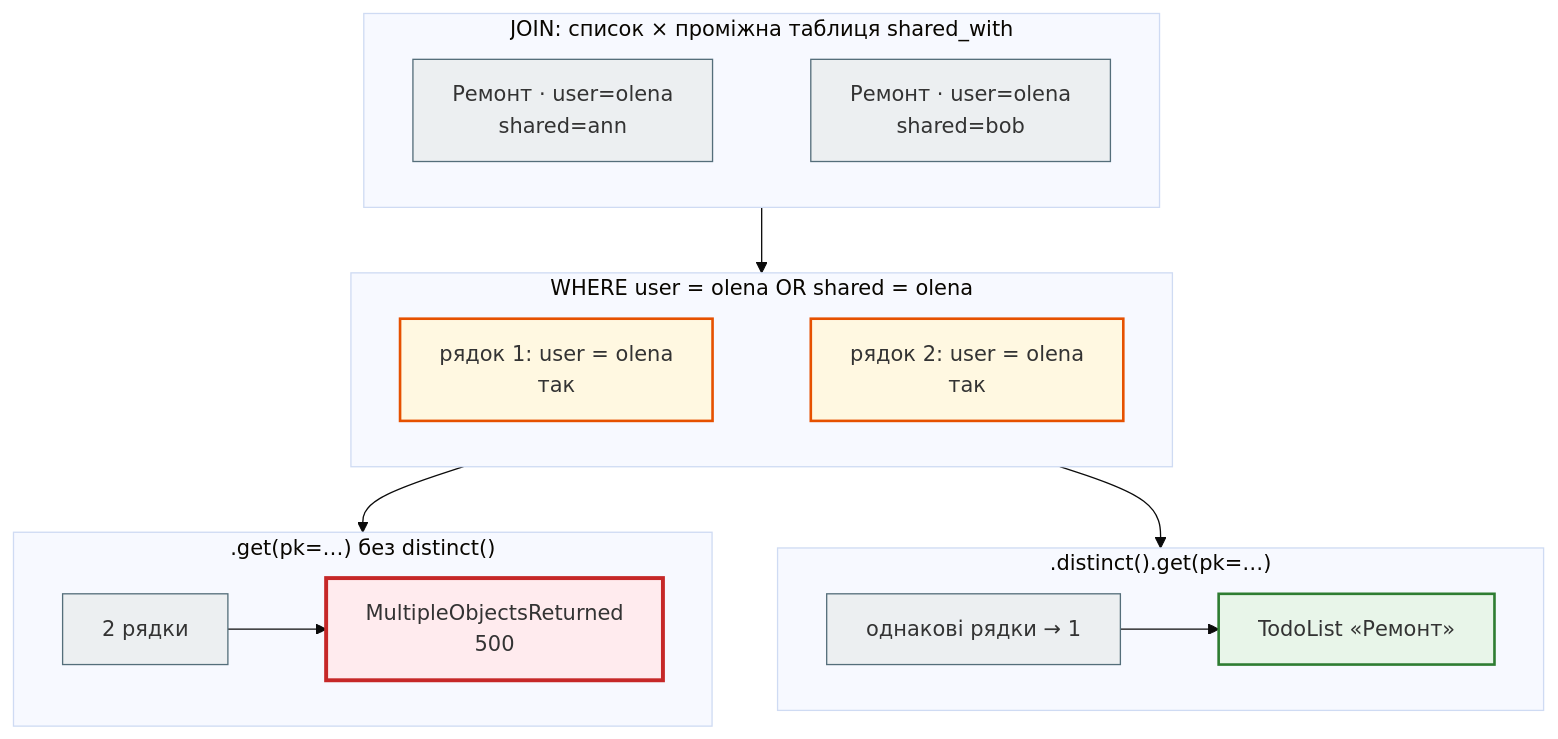
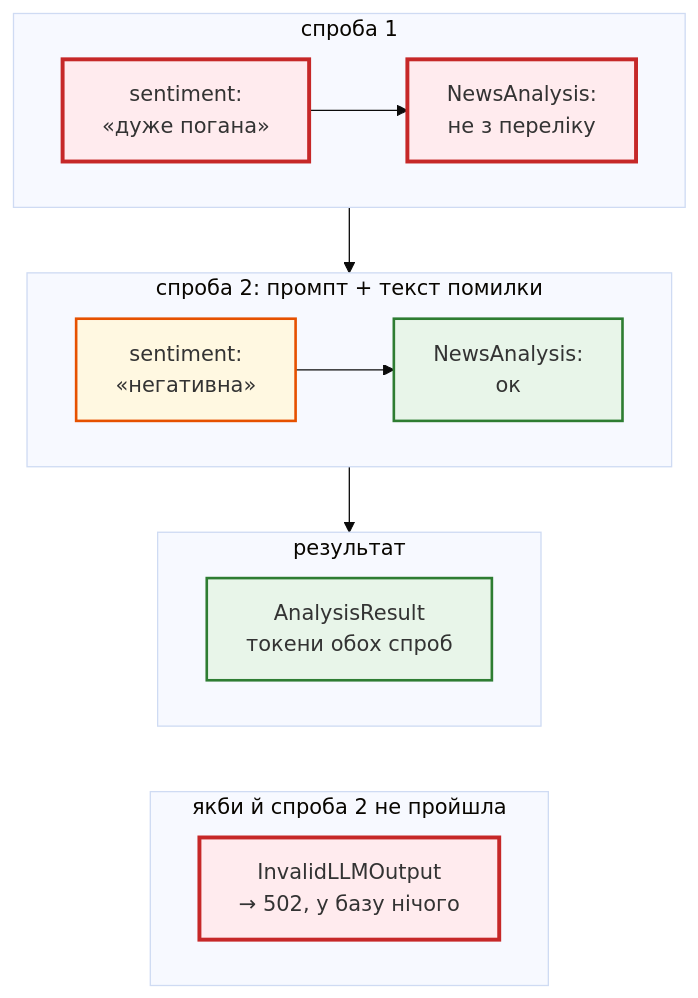
The third of 8 diagrams in docs/modules/m4/lesson_44.md (AlinaRadchenko/PY-Course-Victor-Nikoriak-22-09-2026), drawn with Mermaid (base theme) before and after one commit. The commit also changed other lines of this file and 1846 other files, not shown here.

````diff
--- a/docs/modules/m4/lesson_44.md
+++ b/docs/modules/m4/lesson_44.md
@@ -140,35 +396,33 @@
 ```mermaid
 flowchart TD
     classDef step     fill:#eceff1,stroke:#546e7a,stroke-width:1px;
     classDef decision fill:#e3f2fd,stroke:#1565c0,stroke-width:2px;
     classDef success  fill:#e8f5e9,stroke:#2e7d32,stroke-width:2px;
     classDef error    fill:#ffebee,stroke:#c62828,stroke-width:3px;
     classDef warning  fill:#fff8e1,stroke:#e65100,stroke-width:2px;
 
-    subgraph J1["JOIN: список × проміжна таблиця shared_with"]
+    subgraph S1["спроба 1"]
         direction LR
-        r1["Ремонт · user=olena<br>shared=ann"] ~~~ r2["Ремонт · user=olena<br>shared=bob"]
+        r1["sentiment:<br>«дуже погана»"] --> v1["NewsAnalysis:<br>не з переліку"]
     end
-    subgraph J2["WHERE user = olena OR shared = olena"]
+    subgraph S2["спроба 2: промпт + текст помилки"]
         direction LR
-        w1["рядок 1: user = olena<br>так"] ~~~ w2["рядок 2: user = olena<br>так"]
+        r2["sentiment:<br>«негативна»"] --> v2["NewsAnalysis:<br>ок"]
     end
-    subgraph J3[".get(pk=…) без distinct()"]
+    subgraph S3["результат"]
         direction LR
-        g1["2 рядки"] --> g2["MultipleObjectsReturned<br>500"]
+        ok["AnalysisResult<br>токени обох спроб"]
     end
-    subgraph J4[".distinct().get(pk=…)"]
+    subgraph S4["якби й спроба 2 не пройшла"]
         direction LR
-        d1["однакові рядки → 1"] --> d2["TodoList «Ремонт»"]
+        bad["InvalidLLMOutput<br>→ 502, у базу нічого"]
     end
 
-    J1 --> J2 --> J3
-    J2 --> J4
+    S1 --> S2 --> S3
+    S3 ~~~ S4
 
-    class r1,r2 step
-    class w1,w2 warning
-    class g1 step
-    class g2 error
-    class d1 step
-    class d2 success
+    class r1,v1 error
+    class r2 warning
+    class v2,ok success
+    class bad error
 ```
````
